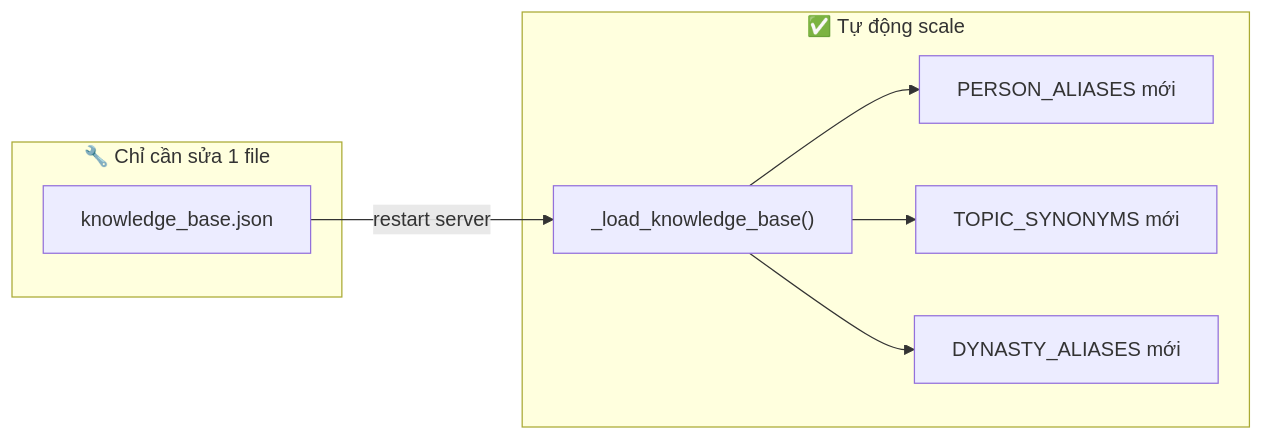
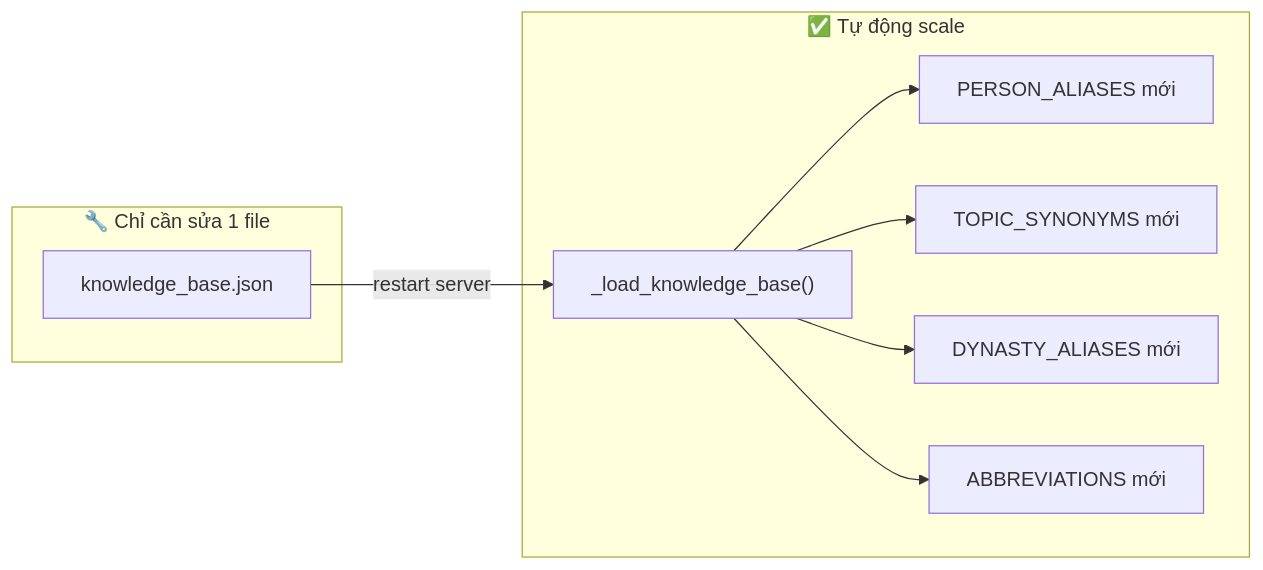
One commit to HistoryMindAI/vietnam_history_dataset changed the sixth of 6 diagrams in README.md. Above: the diagram before and after it, drawn with Mermaid. The commit also changed other lines of this file and 8 other files, not shown here.

````diff
--- a/README.md
+++ b/README.md
@@ -216,13 +235,14 @@
 ```mermaid
 graph LR
     subgraph "🔧 Chỉ cần sửa 1 file"
         KB["knowledge_base.json"]
     end
 
     subgraph "✅ Tự động scale"
         KB --> |"restart server"| LOAD["_load_knowledge_base()"]
         LOAD --> A1["PERSON_ALIASES mới"]
         LOAD --> A2["TOPIC_SYNONYMS mới"]
         LOAD --> A3["DYNASTY_ALIASES mới"]
+        LOAD --> A4["ABBREVIATIONS mới"]
     end
 ```
````
